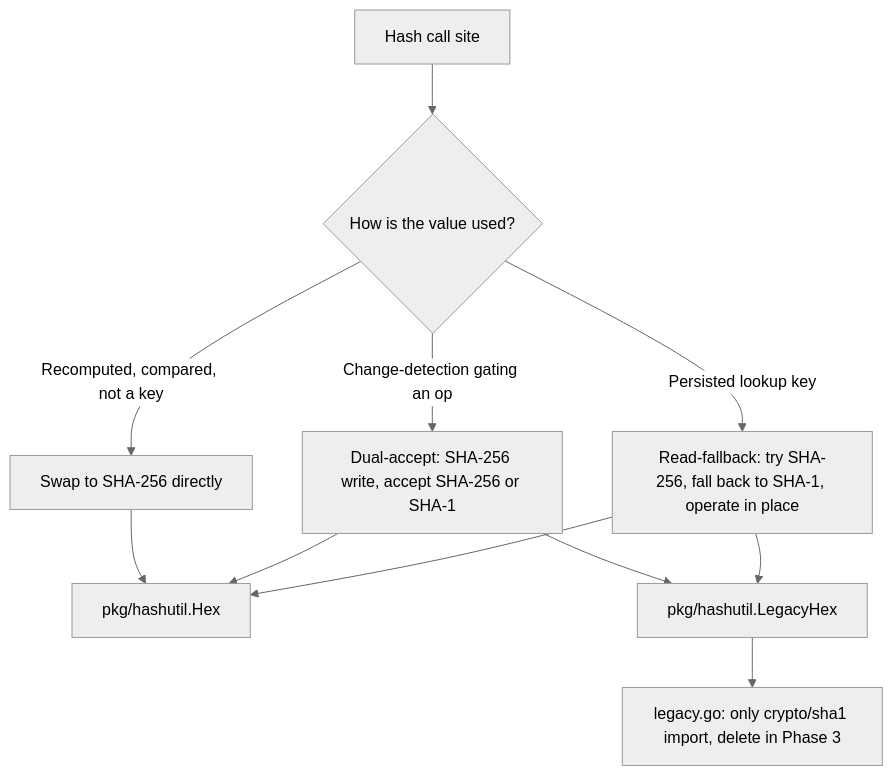
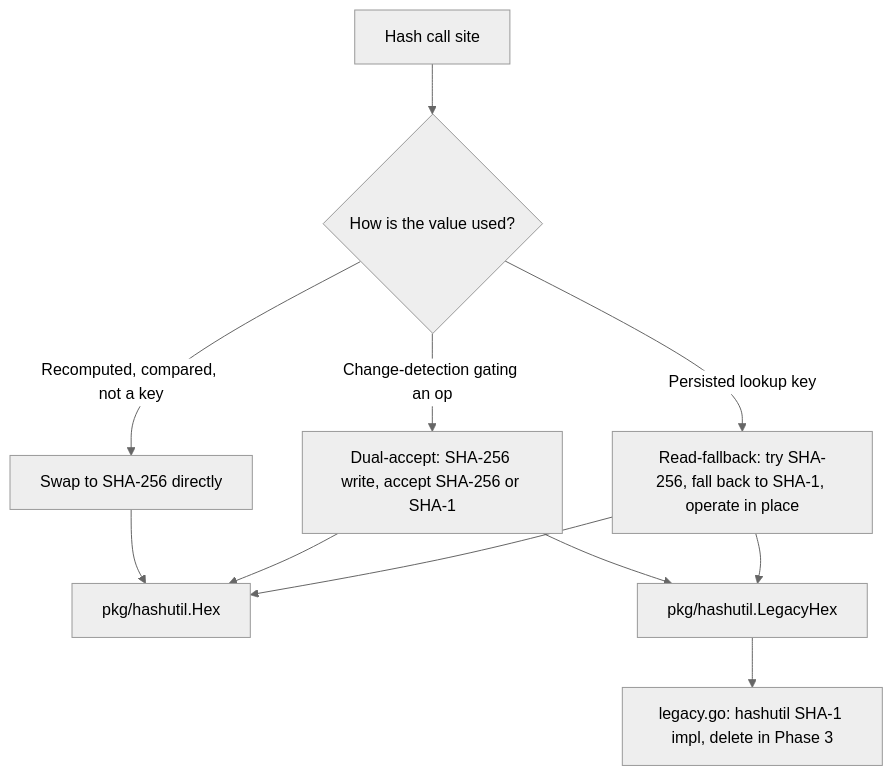
Before and after one commit to radius-project/radius: the diagram in eng/design-notes/security/2026-06-sha1-to-sha256-migration.md, drawn with Mermaid (neutral theme). The commit also changed other lines of this file and 3 other files, not shown here.

````diff
--- a/eng/design-notes/security/2026-06-sha1-to-sha256-migration.md
+++ b/eng/design-notes/security/2026-06-sha1-to-sha256-migration.md
@@ -51,13 +51,13 @@
 ```mermaid
 flowchart TD
     A[Hash call site] --> B{How is the value used?}
     B -->|Recomputed, compared, not a key| C[Swap to SHA-256 directly]
     B -->|Change-detection gating an op| D[Dual-accept: SHA-256 write, accept SHA-256 or SHA-1]
     B -->|Persisted lookup key| E[Read-fallback: try SHA-256, fall back to SHA-1, operate in place]
     C --> F[pkg/hashutil.Hex]
     D --> F
     E --> F
     D --> G[pkg/hashutil.LegacyHex]
     E --> G
-    G --> H[legacy.go: only crypto/sha1 import, delete in Phase 3]
+    G --> H[legacy.go: hashutil SHA-1 impl, delete in Phase 3]
 ```
````
